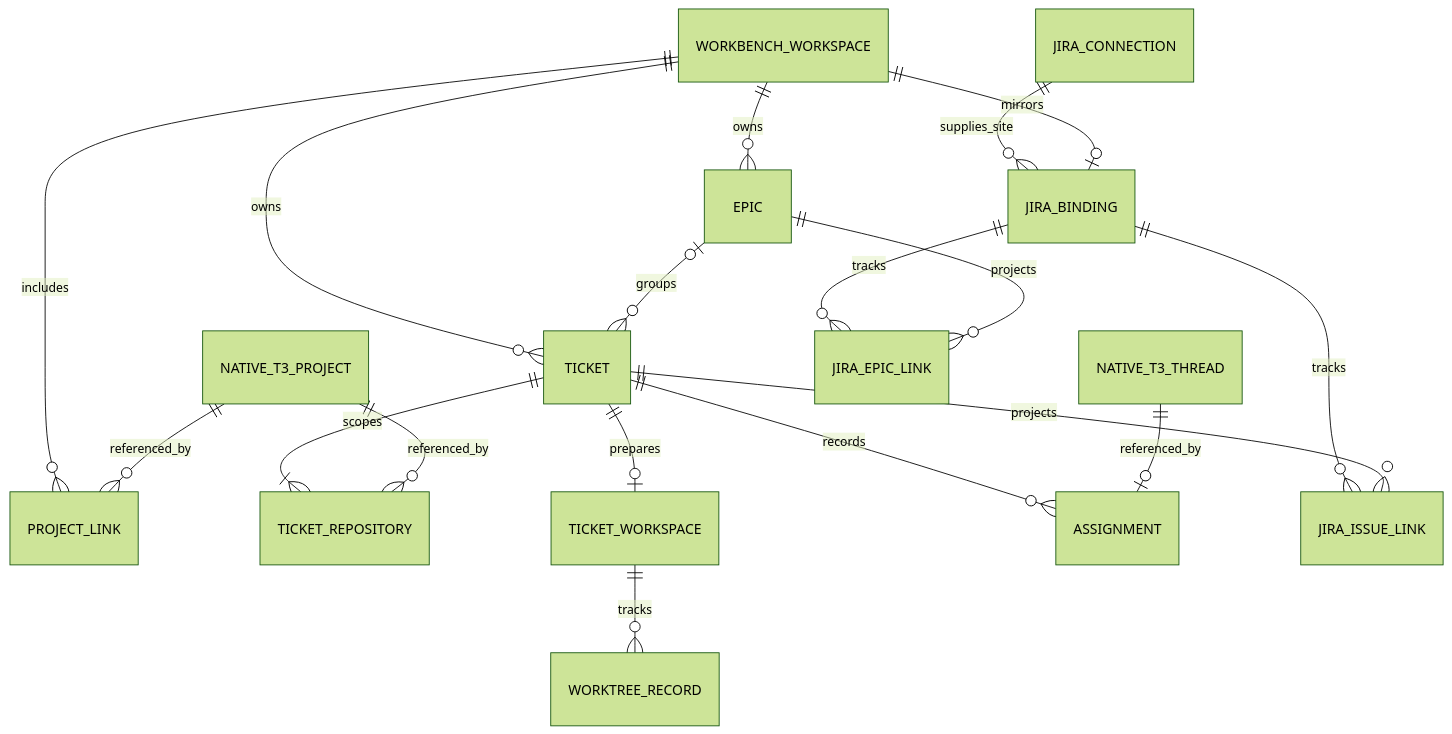
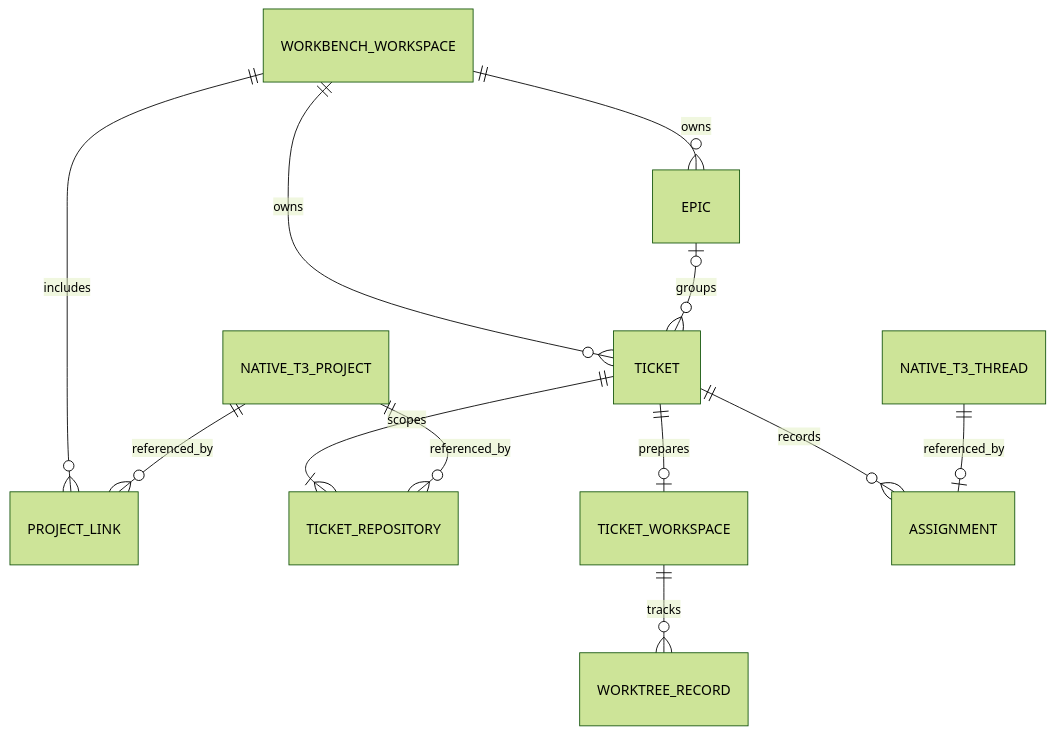
One commit to filipgutica/t3code changed the diagram in docs/internals/workbench-data-model.md. Above: the diagram before and after it, drawn with Mermaid (forest theme). The commit also changed other lines of this file and 24 other files, not shown here.

First line of the commit message:
docs(workbench): describe Jira links instead of Jira sync

````diff
--- a/docs/internals/workbench-data-model.md
+++ b/docs/internals/workbench-data-model.md
@@ -7,20 +7,14 @@
 ```mermaid
 erDiagram
     WORKBENCH_WORKSPACE ||--o{ PROJECT_LINK : includes
     NATIVE_T3_PROJECT ||--o{ PROJECT_LINK : referenced_by
     WORKBENCH_WORKSPACE ||--o{ EPIC : owns
     WORKBENCH_WORKSPACE ||--o{ TICKET : owns
     EPIC |o--o{ TICKET : groups
     TICKET ||--|{ TICKET_REPOSITORY : scopes
     NATIVE_T3_PROJECT ||--o{ TICKET_REPOSITORY : referenced_by
     TICKET ||--o| TICKET_WORKSPACE : prepares
     TICKET_WORKSPACE ||--o{ WORKTREE_RECORD : tracks
     TICKET ||--o{ ASSIGNMENT : records
     NATIVE_T3_THREAD ||--o| ASSIGNMENT : referenced_by
-    JIRA_CONNECTION ||--o{ JIRA_BINDING : supplies_site
-    WORKBENCH_WORKSPACE ||--o| JIRA_BINDING : mirrors
-    JIRA_BINDING ||--o{ JIRA_ISSUE_LINK : tracks
-    TICKET ||--o{ JIRA_ISSUE_LINK : projects
-    JIRA_BINDING ||--o{ JIRA_EPIC_LINK : tracks
-    EPIC ||--o{ JIRA_EPIC_LINK : projects
 ```
````
